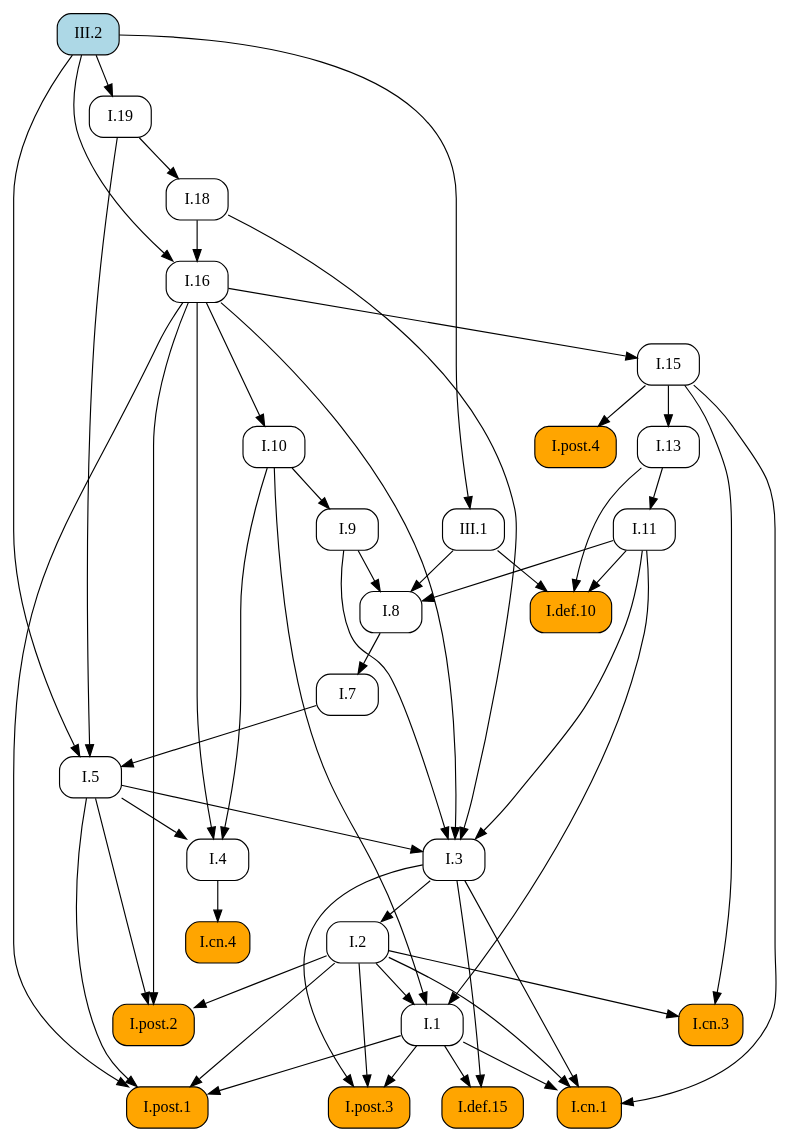
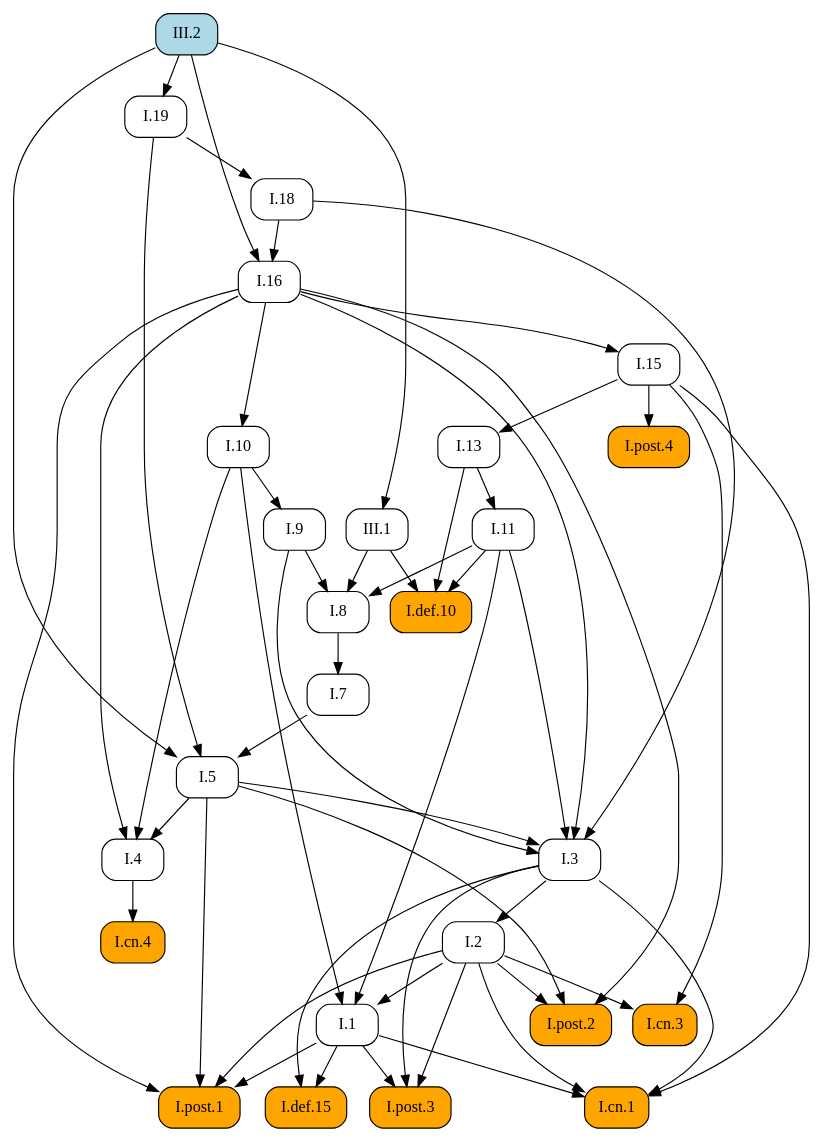
One commit to geometor/elements changed the diagram in docsrc/heath/III/2/index.rst. Above: the diagram before and after it, drawn with Graphviz. The commit also changed other lines of this file and 1029 other files, not shown here.

```diff
--- a/docsrc/heath/III/2/index.rst
+++ b/docsrc/heath/III/2/index.rst
@@ -85,82 +85,82 @@
    digraph {
      rankdir="TB";
      node [shape=box, style=rounded];
+     "I.def.10" [style="rounded,filled", fillcolor=orange, URL="/heath/I/def.10/", target="_top"];
+     "I.11" [URL="/heath/I/11/", target="_top"];
+     "I.post.4" [style="rounded,filled", fillcolor=orange, URL="/heath/I/post.4/", target="_top"];
+     "I.1" [URL="/heath/I/1/", target="_top"];
+     "I.7" [URL="/heath/I/7/", target="_top"];
+     "I.3" [URL="/heath/I/3/", target="_top"];
+     "I.2" [URL="/heath/I/2/", target="_top"];
+     "I.4" [URL="/heath/I/4/", target="_top"];
      "I.13" [URL="/heath/I/13/", target="_top"];
+     "I.post.2" [style="rounded,filled", fillcolor=orange, URL="/heath/I/post.2/", target="_top"];
+     "III.2" [style="rounded,filled", fillcolor=lightblue, URL="/heath/III/2/", target="_top"];
+     "I.18" [URL="/heath/I/18/", target="_top"];
+     "I.16" [URL="/heath/I/16/", target="_top"];
+     "I.def.15" [style="rounded,filled", fillcolor=orange, URL="/heath/I/def.15/", target="_top"];
+     "I.19" [URL="/heath/I/19/", target="_top"];
+     "I.post.3" [style="rounded,filled", fillcolor=orange, URL="/heath/I/post.3/", target="_top"];
+     "I.9" [URL="/heath/I/9/", target="_top"];
+     "I.cn.1" [style="rounded,filled", fillcolor=orange, URL="/heath/I/cn.1/", target="_top"];
      "I.cn.3" [style="rounded,filled", fillcolor=orange, URL="/heath/I/cn.3/", target="_top"];
+     "III.1" [URL="/heath/III/1/", target="_top"];
+     "I.8" [URL="/heath/I/8/", target="_top"];
+     "I.cn.4" [style="rounded,filled", fillcolor=orange, URL="/heath/I/cn.4/", target="_top"];
+     "I.15" [URL="/heath/I/15/", target="_top"];
+     "I.post.1" [style="rounded,filled", fillcolor=orange, URL="/heath/I/post.1/", target="_top"];
+     "I.10" [URL="/heath/I/10/", target="_top"];
      "I.5" [URL="/heath/I/5/", target="_top"];
-     "I.11" [URL="/heath/I/11/", target="_top"];
-     "I.7" [URL="/heath/I/7/", target="_top"];
-     "I.10" [URL="/heath/I/10/", target="_top"];
-     "I.4" [URL="/heath/I/4/", target="_top"];
-     "I.3" [URL="/heath/I/3/", target="_top"];
-     "I.16" [URL="/heath/I/16/", target="_top"];
-     "I.8" [URL="/heath/I/8/", target="_top"];
-     "I.9" [URL="/heath/I/9/", target="_top"];
-     "I.def.10" [style="rounded,filled", fillcolor=orange, URL="/heath/I/def.10/", target="_top"];
-     "III.1" [URL="/heath/III/1/", target="_top"];
-     "I.post.4" [style="rounded,filled", fillcolor=orange, URL="/heath/I/post.4/", target="_top"];
-     "I.post.2" [style="rounded,filled", fillcolor=orange, URL="/heath/I/post.2/", target="_top"];
-     "I.2" [URL="/heath/I/2/", target="_top"];
-     "I.def.15" [style="rounded,filled", fillcolor=orange, URL="/heath/I/def.15/", target="_top"];
-     "I.1" [URL="/heath/I/1/", target="_top"];
-     "I.post.3" [style="rounded,filled", fillcolor=orange, URL="/heath/I/post.3/", target="_top"];
-     "I.post.1" [style="rounded,filled", fillcolor=orange, URL="/heath/I/post.1/", target="_top"];
-     "I.cn.4" [style="rounded,filled", fillcolor=orange, URL="/heath/I/cn.4/", target="_top"];
-     "I.cn.1" [style="rounded,filled", fillcolor=orange, URL="/heath/I/cn.1/", target="_top"];
-     "I.15" [URL="/heath/I/15/", target="_top"];
-     "III.2" [style="rounded,filled", fillcolor=lightblue, URL="/heath/III/2/", target="_top"];
-     "I.19" [URL="/heath/I/19/", target="_top"];
-     "I.18" [URL="/heath/I/18/", target="_top"];
-     "I.15" -> "I.13";
-     "I.2" -> "I.cn.3";
-     "I.15" -> "I.cn.3";
-     "I.7" -> "I.5";
-     "I.19" -> "I.5";
-     "III.2" -> "I.5";
+     "I.11" -> "I.def.10";
+     "I.13" -> "I.def.10";
+     "III.1" -> "I.def.10";
      "I.13" -> "I.11";
+     "I.15" -> "I.post.4";
+     "I.2" -> "I.1";
+     "I.10" -> "I.1";
+     "I.11" -> "I.1";
      "I.8" -> "I.7";
-     "I.16" -> "I.10";
-     "I.5" -> "I.4";
-     "I.10" -> "I.4";
-     "I.16" -> "I.4";
      "I.5" -> "I.3";
      "I.9" -> "I.3";
      "I.11" -> "I.3";
      "I.16" -> "I.3";
      "I.18" -> "I.3";
+     "I.3" -> "I.2";
+     "I.5" -> "I.4";
+     "I.10" -> "I.4";
+     "I.16" -> "I.4";
+     "I.15" -> "I.13";
+     "I.2" -> "I.post.2";
+     "I.5" -> "I.post.2";
+     "I.16" -> "I.post.2";
+     "I.19" -> "I.18";
      "I.18" -> "I.16";
      "III.2" -> "I.16";
+     "I.1" -> "I.def.15";
+     "I.3" -> "I.def.15";
+     "III.2" -> "I.19";
+     "I.1" -> "I.post.3";
+     "I.2" -> "I.post.3";
+     "I.3" -> "I.post.3";
+     "I.10" -> "I.9";
+     "I.1" -> "I.cn.1";
+     "I.2" -> "I.cn.1";
+     "I.3" -> "I.cn.1";
+     "I.15" -> "I.cn.1";
+     "I.2" -> "I.cn.3";
+     "I.15" -> "I.cn.3";
+     "III.2" -> "III.1";
      "I.9" -> "I.8";
      "I.11" -> "I.8";
      "III.1" -> "I.8";
-     "I.10" -> "I.9";
-     "I.11" -> "I.def.10";
-     "I.13" -> "I.def.10";
-     "III.1" -> "I.def.10";
-     "III.2" -> "III.1";
-     "I.15" -> "I.post.4";
-     "I.2" -> "I.post.2";
-     "I.5" -> "I.post.2";
-     "I.16" -> "I.post.2";
-     "I.3" -> "I.2";
-     "I.1" -> "I.def.15";
-     "I.3" -> "I.def.15";
-     "I.2" -> "I.1";
-     "I.10" -> "I.1";
-     "I.11" -> "I.1";
-     "I.1" -> "I.post.3";
-     "I.2" -> "I.post.3";
-     "I.3" -> "I.post.3";
+     "I.4" -> "I.cn.4";
+     "I.16" -> "I.15";
      "I.1" -> "I.post.1";
      "I.2" -> "I.post.1";
      "I.5" -> "I.post.1";
      "I.16" -> "I.post.1";
-     "I.4" -> "I.cn.4";
-     "I.1" -> "I.cn.1";
-     "I.2" -> "I.cn.1";
-     "I.3" -> "I.cn.1";
-     "I.15" -> "I.cn.1";
-     "I.16" -> "I.15";
-     "III.2" -> "I.19";
-     "I.19" -> "I.18";
+     "I.16" -> "I.10";
+     "I.7" -> "I.5";
+     "I.19" -> "I.5";
+     "III.2" -> "I.5";
    }
```
